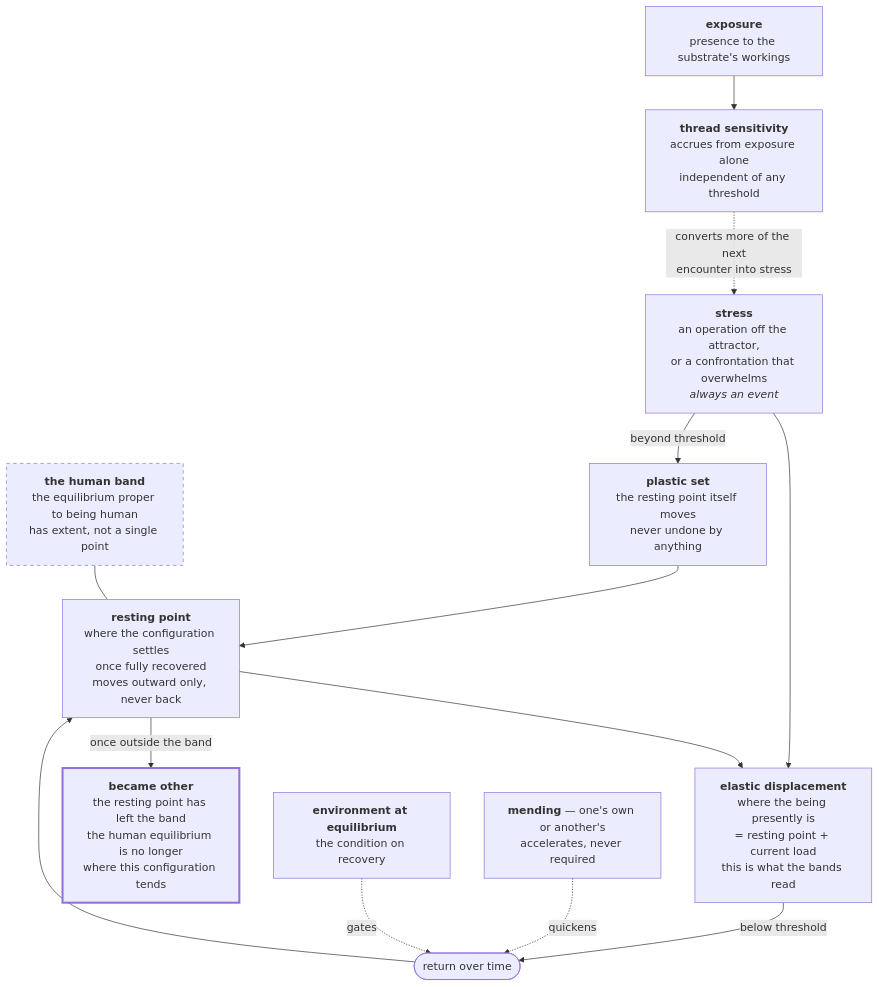
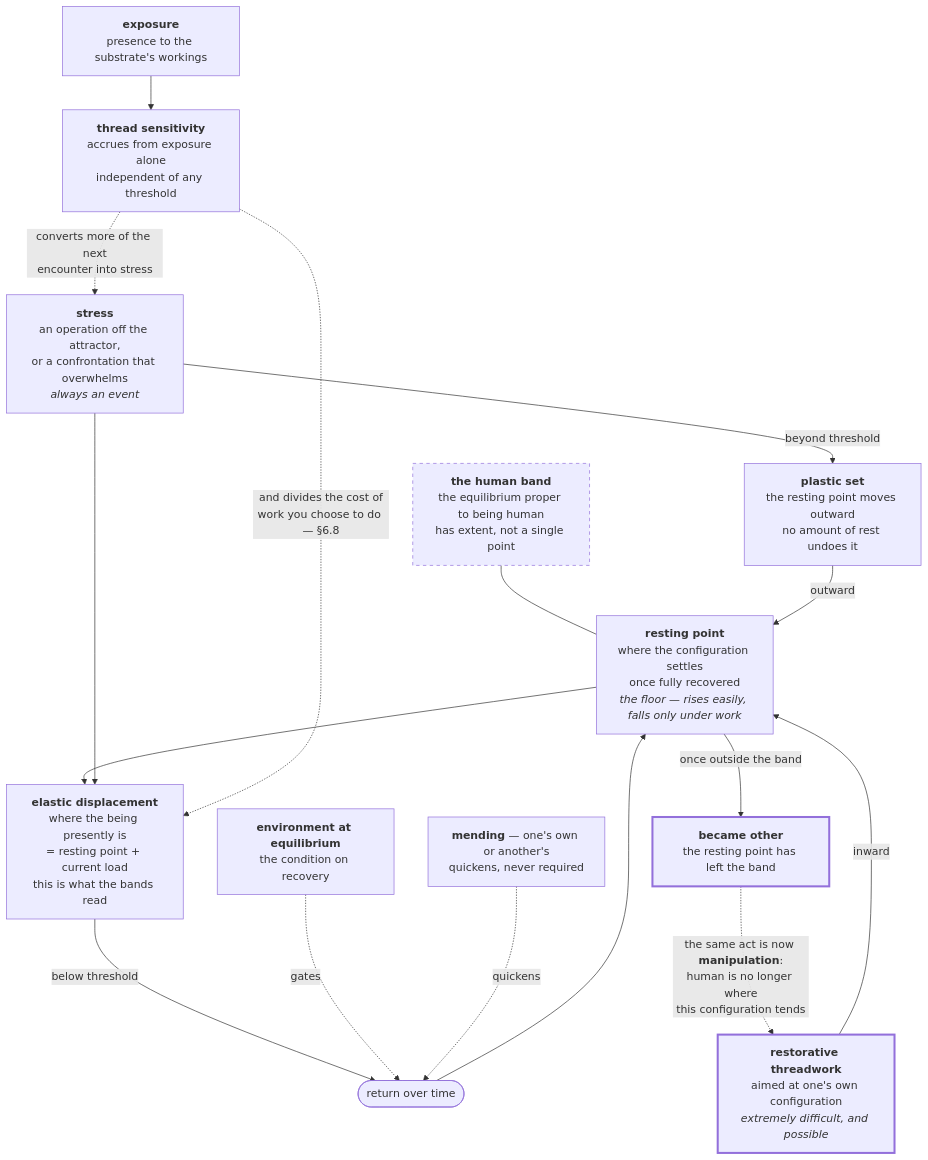
The fifth of 8 diagrams in canon/philosophy/DIAGRAM.md (jordanelias/ttrpg), drawn with Mermaid before and after one commit. The commit also changed other lines of this file and 7 other files, not shown here.

````diff
--- a/canon/philosophy/DIAGRAM.md
+++ b/canon/philosophy/DIAGRAM.md
@@ -147,30 +160,35 @@
 ```mermaid
 flowchart TD
     BAND["<b>the human band</b><br/>the equilibrium proper to being human<br/>has extent, not a single point"]
-    Z["<b>resting point</b><br/>where the configuration settles<br/>once fully recovered<br/>moves outward only, never back"]
+    Z["<b>resting point</b><br/>where the configuration settles<br/>once fully recovered<br/><i>the floor — rises easily, falls only under work</i>"]
     STR["<b>stress</b><br/>an operation off the attractor,<br/>or a confrontation that overwhelms<br/><i>always an event</i>"]
     EL["<b>elastic displacement</b><br/>where the being presently is<br/>= resting point + current load<br/>this is what the bands read"]
-    PL["<b>plastic set</b><br/>the resting point itself moves<br/>never undone by anything"]
-    OTH["<b>became other</b><br/>the resting point has left the band<br/>the human equilibrium is no longer<br/>where this configuration tends"]
+    PL["<b>plastic set</b><br/>the resting point moves outward<br/>no amount of rest undoes it"]
+    SELF["<b>restorative threadwork</b><br/>aimed at one's own configuration<br/><i>extremely difficult, and possible</i>"]
+    OTH["<b>became other</b><br/>the resting point has left the band"]
 
     SENS["<b>thread sensitivity</b><br/>accrues from exposure alone<br/>independent of any threshold"]
     ENV["<b>environment at equilibrium</b><br/>the condition on recovery"]
-    MEND["<b>mending</b> — one's own or another's<br/>accelerates, never required"]
+    MEND["<b>mending</b> — one's own or another's<br/>quickens, never required"]
 
     BAND --- Z
     Z --> EL
     STR --> EL
     EL -->|"below threshold"| REC(["return over time"])
     REC --> Z
     ENV -.->|"gates"| REC
     MEND -.->|"quickens"| REC
     STR -->|"beyond threshold"| PL
-    PL --> Z
+    PL -->|"outward"| Z
+    SELF -->|"inward"| Z
     Z -->|"once outside the band"| OTH
+    OTH -.->|"the same act is now <b>manipulation</b>:<br/>human is no longer where<br/>this configuration tends"| SELF
 
     EXP["<b>exposure</b><br/>presence to the substrate's workings"] --> SENS
     SENS -.->|"converts more of the next<br/>encounter into stress"| STR
+    SENS -.->|"and divides the cost of<br/>work you choose to do — §6.8"| EL
 
     style OTH stroke-width:3px
     style BAND stroke-dasharray: 5 5
+    style SELF stroke-width:3px
 ```
````
